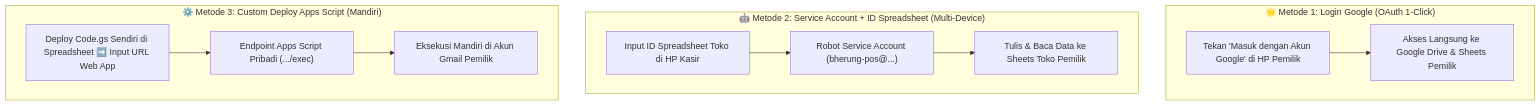
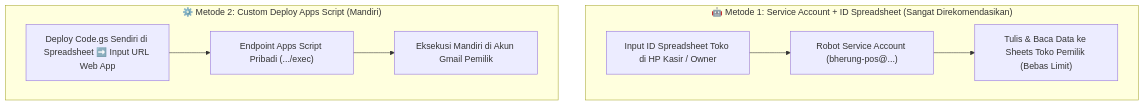
Before and after one commit to crediblemark-official/Bherung: the second of 2 diagrams in docs/ARSITEKTUR_CLOUD_DAN_ROLE.md, drawn with Mermaid. The commit also changed other lines of this file and 2 other files, not shown here.

Commit message:
refactor: Remove Google OAuth Sign-In and streamline database configuration purely to Unlimited ID Spreadsheet & Apps Script methods

````diff
--- a/docs/ARSITEKTUR_CLOUD_DAN_ROLE.md
+++ b/docs/ARSITEKTUR_CLOUD_DAN_ROLE.md
@@ -56,16 +56,12 @@
 ```mermaid
 graph TD
-    subgraph Metode1 ["🌟 Metode 1: Login Google (OAuth 1-Click)"]
-        M1["Tekan 'Masuk dengan Akun Google' di HP Pemilik"] --> GDrive1["Akses Langsung ke Google Drive & Sheets Pemilik"]
+    subgraph Metode1 ["🤖 Metode 1: Service Account + ID Spreadsheet (Sangat Direkomendasikan)"]
+        M1["Input ID Spreadsheet Toko di HP Kasir / Owner"] --> SA["Robot Service Account (bherung-pos@...)"]
+        SA --> GDrive1["Tulis & Baca Data ke Sheets Toko Pemilik (Bebas Limit)"]
     end
 
-    subgraph Metode2 ["🤖 Metode 2: Service Account + ID Spreadsheet (Multi-Device)"]
-        M2["Input ID Spreadsheet Toko di HP Kasir"] --> SA["Robot Service Account (bherung-pos@...)"]
-        SA --> GDrive2["Tulis & Baca Data ke Sheets Toko Pemilik"]
-    end
-
-    subgraph Metode3 ["⚙️ Metode 3: Custom Deploy Apps Script (Mandiri)"]
-        M3["Deploy Code.gs Sendiri di Spreadsheet ➡️ Input URL Web App"] --> GAS["Endpoint Apps Script Pribadi (.../exec)"]
-        GAS --> GDrive3["Eksekusi Mandiri di Akun Gmail Pemilik"]
+    subgraph Metode2 ["⚙️ Metode 2: Custom Deploy Apps Script (Mandiri)"]
+        M2["Deploy Code.gs Sendiri di Spreadsheet ➡️ Input URL Web App"] --> GAS["Endpoint Apps Script Pribadi (.../exec)"]
+        GAS --> GDrive2["Eksekusi Mandiri di Akun Gmail Pemilik"]
     end
 ```
````
